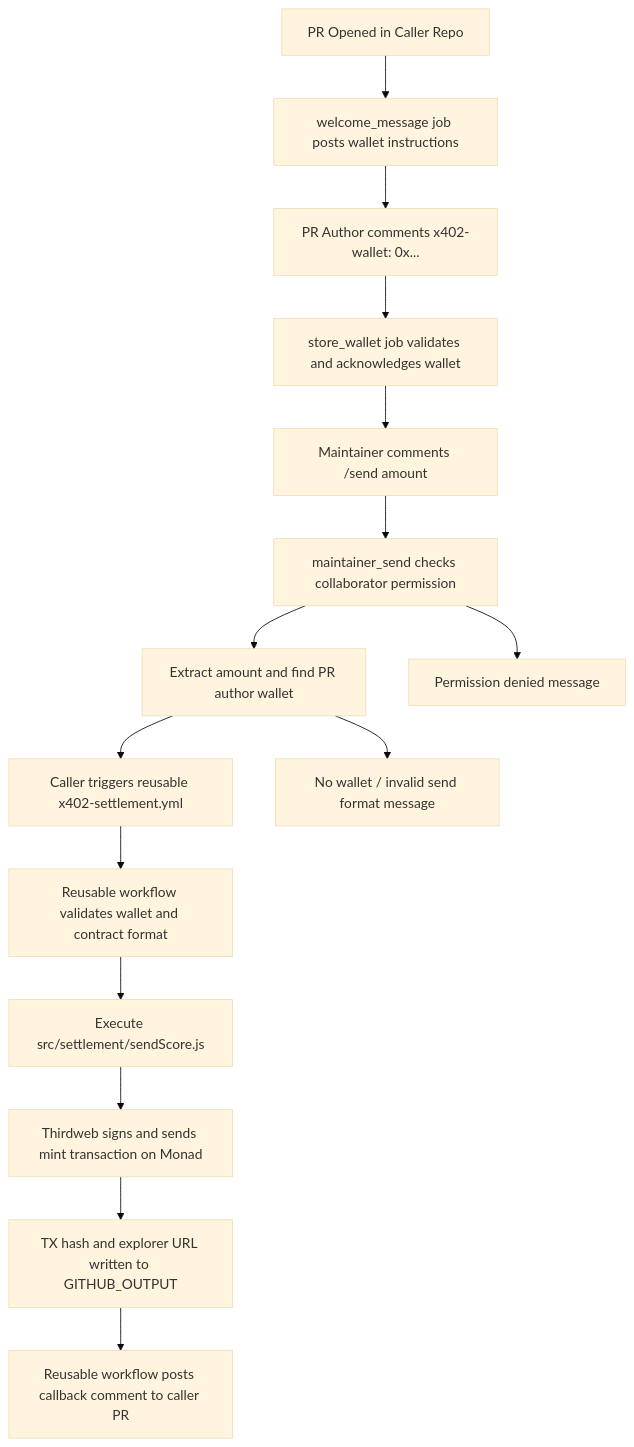
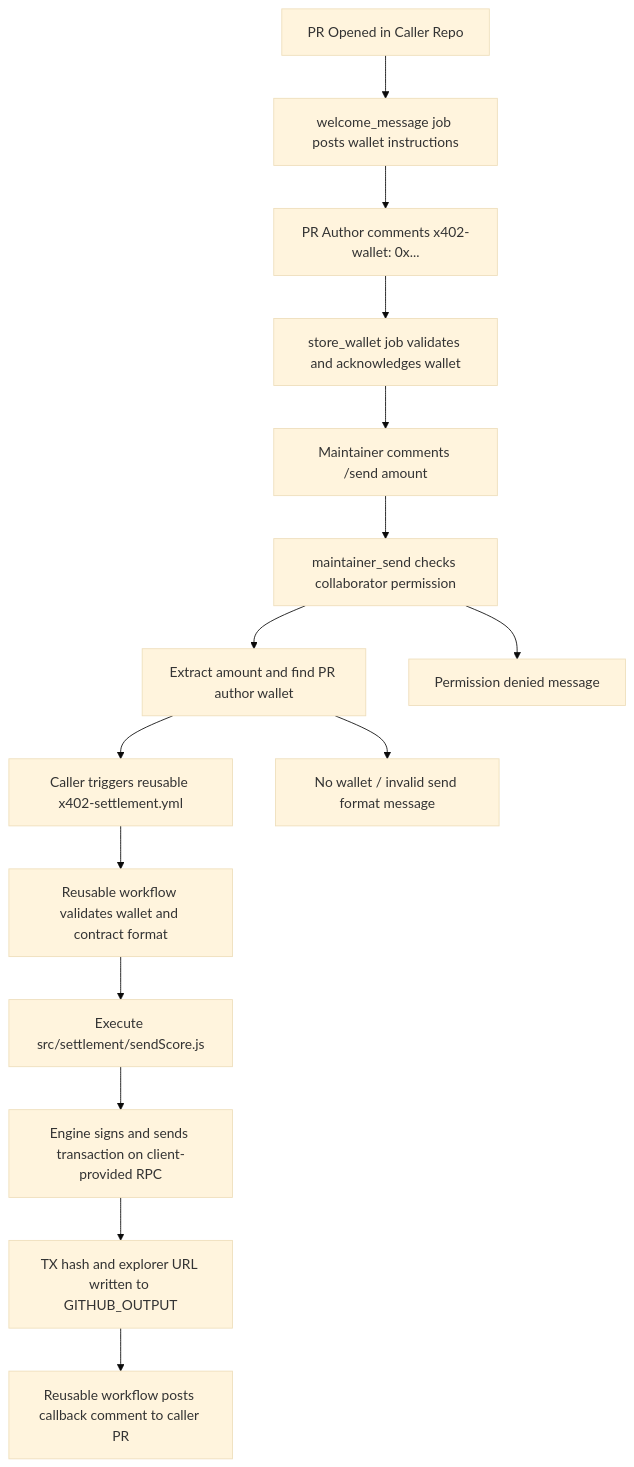
Before and after one commit to manashatwar/x402_workflow: the diagram in mvp_overview.md, drawn with Mermaid (base theme). The commit also changed other lines of this file and 7 other files, not shown here.

Commit message:
Refactor README and documentation to clarify client contract execution and remove Thirdweb dependencies

````diff
--- a/mvp_overview.md
+++ b/mvp_overview.md
@@ -53,19 +99,19 @@
 ```mermaid
 flowchart TD
     A[PR Opened in Caller Repo] --> B[welcome_message job posts wallet instructions]
     B --> C[PR Author comments x402-wallet: 0x...]
     C --> D[store_wallet job validates and acknowledges wallet]
     D --> E[Maintainer comments /send amount]
     E --> F[maintainer_send checks collaborator permission]
     F --> G[Extract amount and find PR author wallet]
     G --> H[Caller triggers reusable x402-settlement.yml]
 
     H --> I[Reusable workflow validates wallet and contract format]
     I --> J[Execute src/settlement/sendScore.js]
-    J --> K[Thirdweb signs and sends mint transaction on Monad]
+    J --> K[Engine signs and sends transaction on client-provided RPC]
     K --> L[TX hash and explorer URL written to GITHUB_OUTPUT]
     L --> M[Reusable workflow posts callback comment to caller PR]
 
     F --> N[Permission denied message]
     G --> O[No wallet / invalid send format message]
 ```
````
